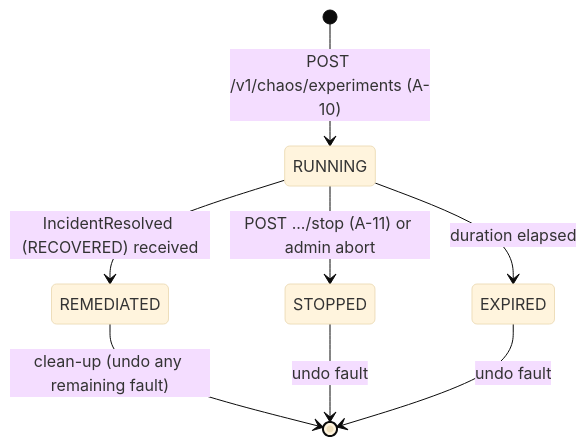
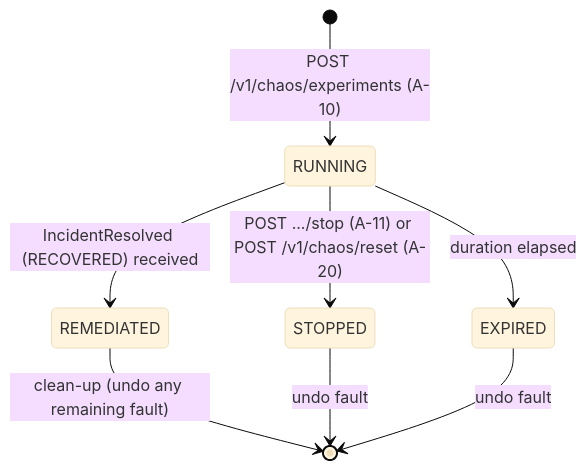
Before and after one commit to Kaizer-1/CircuitBreaker: the diagram in docs/03-architecture/06-chaos-scenarios.md, drawn with Mermaid (base theme). The commit also changed other lines of this file and 3 other files, not shown here.

````diff
--- a/docs/03-architecture/06-chaos-scenarios.md
+++ b/docs/03-architecture/06-chaos-scenarios.md
@@ -181,10 +272,10 @@
 ```mermaid
 stateDiagram-v2
     [*] --> RUNNING: POST /v1/chaos/experiments (A-10)
     RUNNING --> REMEDIATED: IncidentResolved (RECOVERED) received
-    RUNNING --> STOPPED: POST .../stop (A-11) or admin abort
+    RUNNING --> STOPPED: POST .../stop (A-11) or POST /v1/chaos/reset (A-20)
     RUNNING --> EXPIRED: duration elapsed
     REMEDIATED --> [*]: clean-up (undo any remaining fault)
     STOPPED --> [*]: undo fault
     EXPIRED --> [*]: undo fault
 ```
````
